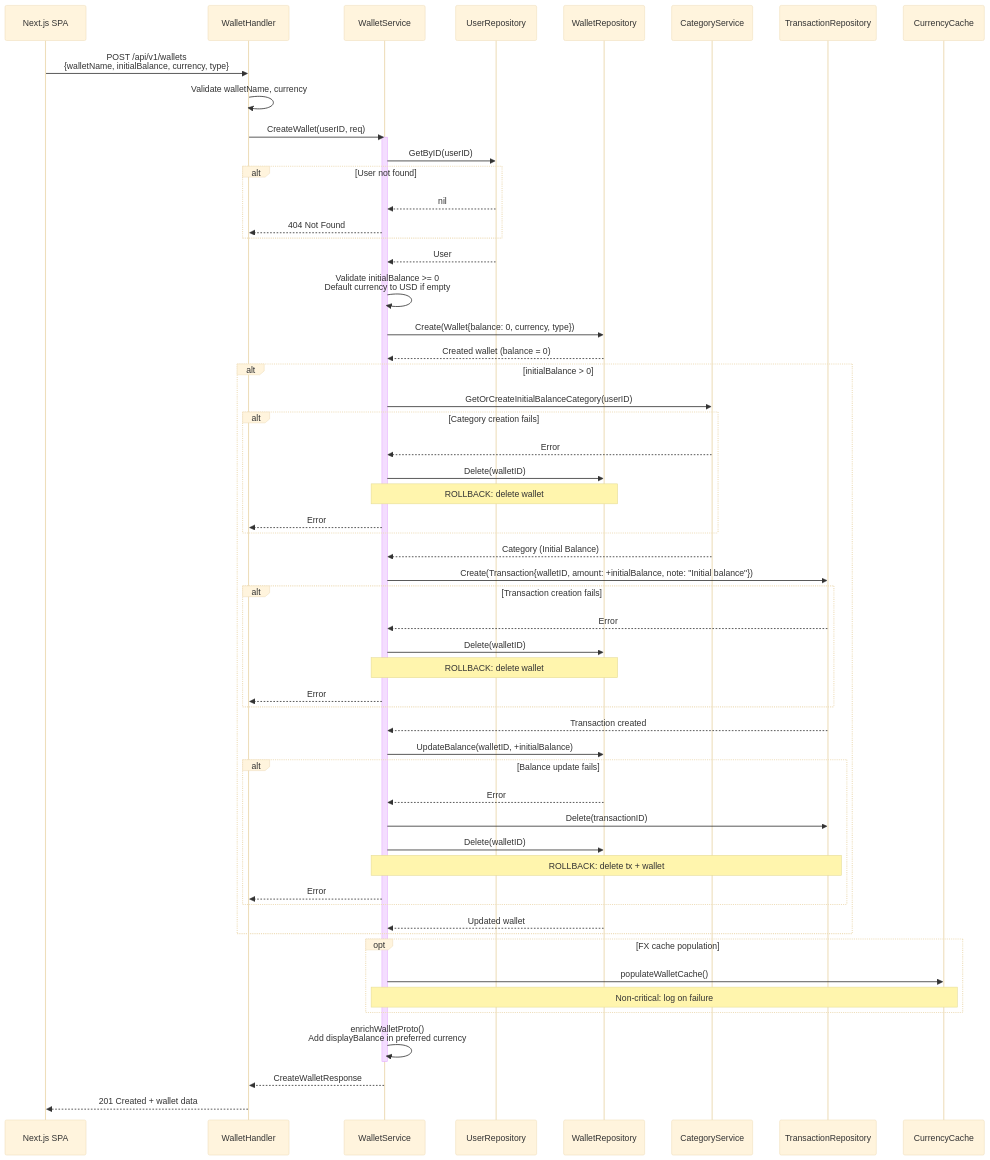
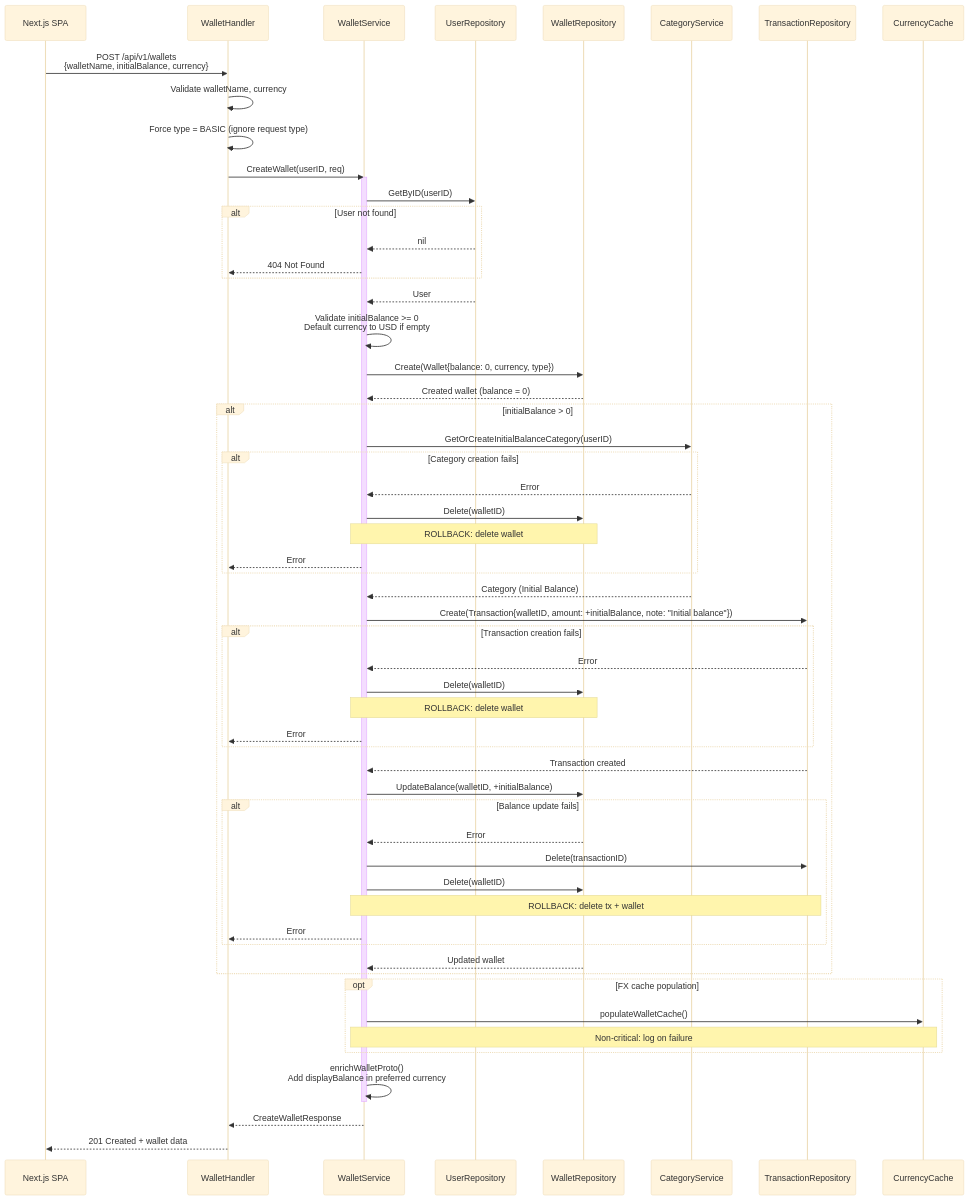
One commit to khanhnq1406/wealth-journey changed the first of 3 diagrams in docs/architecture/flow-wallet.md. Above: the diagram before and after it, drawn with Mermaid (base theme). The commit also changed other lines of this file and 4 other files, not shown here.

First line of the commit message:
docs(architecture): update C4 and flow diagrams for investment-wallet decoupling

````diff
--- a/docs/architecture/flow-wallet.md
+++ b/docs/architecture/flow-wallet.md
@@ -19,69 +19,70 @@
 ```mermaid
 sequenceDiagram
     participant SPA as Next.js SPA
     participant H as WalletHandler
     participant WS as WalletService
     participant UR as UserRepository
     participant WR as WalletRepository
     participant CS as CategoryService
     participant TR as TransactionRepository
     participant Cache as CurrencyCache
 
-    SPA->>H: POST /api/v1/wallets<br/>{walletName, initialBalance, currency, type}
+    SPA->>H: POST /api/v1/wallets<br/>{walletName, initialBalance, currency}
     H->>H: Validate walletName, currency
+    H->>H: Force type = BASIC (ignore request type)
     H->>WS: CreateWallet(userID, req)
 
     activate WS
     WS->>UR: GetByID(userID)
     alt User not found
         UR-->>WS: nil
         WS-->>H: 404 Not Found
     end
     UR-->>WS: User
 
     WS->>WS: Validate initialBalance >= 0<br/>Default currency to USD if empty
 
     WS->>WR: Create(Wallet{balance: 0, currency, type})
     WR-->>WS: Created wallet (balance = 0)
 
     alt initialBalance > 0
         WS->>CS: GetOrCreateInitialBalanceCategory(userID)
         alt Category creation fails
             CS-->>WS: Error
             WS->>WR: Delete(walletID)
             Note over WS,WR: ROLLBACK: delete wallet
             WS-->>H: Error
         end
         CS-->>WS: Category (Initial Balance)
 
         WS->>TR: Create(Transaction{walletID, amount: +initialBalance, note: "Initial balance"})
         alt Transaction creation fails
             TR-->>WS: Error
             WS->>WR: Delete(walletID)
             Note over WS,WR: ROLLBACK: delete wallet
             WS-->>H: Error
         end
         TR-->>WS: Transaction created
 
         WS->>WR: UpdateBalance(walletID, +initialBalance)
         alt Balance update fails
             WR-->>WS: Error
             WS->>TR: Delete(transactionID)
             WS->>WR: Delete(walletID)
             Note over WS,TR: ROLLBACK: delete tx + wallet
             WS-->>H: Error
         end
         WR-->>WS: Updated wallet
     end
 
     opt FX cache population
         WS->>Cache: populateWalletCache()
         Note over WS,Cache: Non-critical: log on failure
     end
 
     WS->>WS: enrichWalletProto()<br/>Add displayBalance in preferred currency
     deactivate WS
 
     WS-->>H: CreateWalletResponse
     H-->>SPA: 201 Created + wallet data
 ```
````
